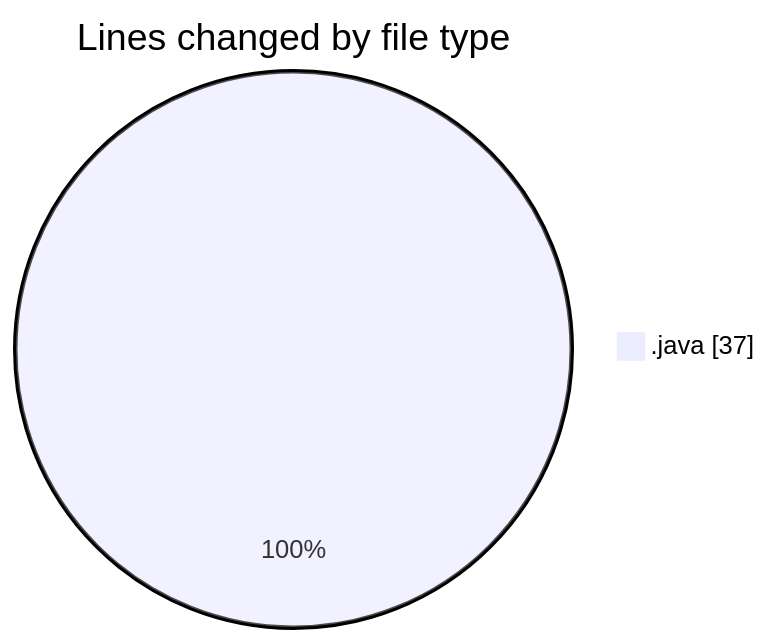
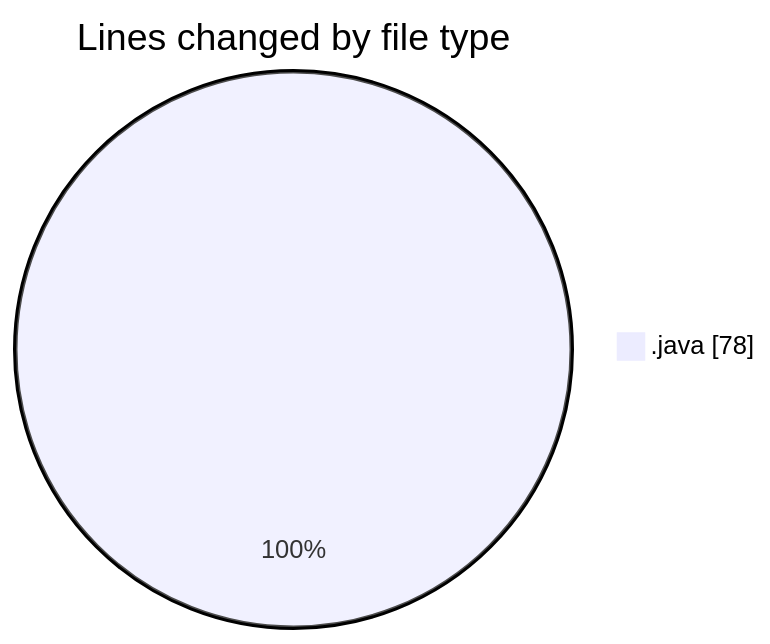
One commit to NitaiMahat/code-tracking changed the first of 2 diagrams in 2025-02-12/coding_prac_4/README.md. Above: the diagram before and after it, drawn with Mermaid. The commit also changed other lines of this file and 1 other file, not shown here.

````diff
--- a/2025-02-12/coding_prac_4/README.md
+++ b/2025-02-12/coding_prac_4/README.md
@@ -21,5 +21,5 @@
 ```mermaid
 pie showData
 title Lines changed by file type
-".java" : 37
+".java" : 78
 ```
````
